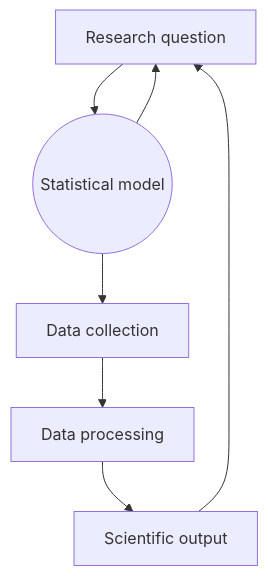
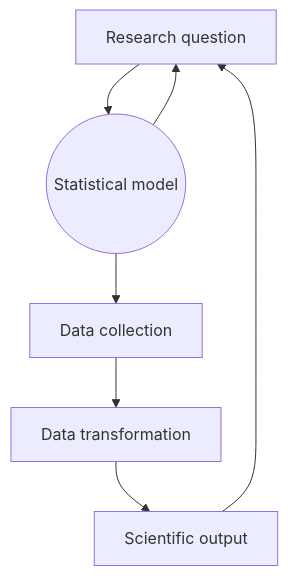
One commit to rostools/r-cubed-advanced changed the second of 4 diagrams in content/03-statistical-analyses.qmd. Above: the diagram before and after it, drawn with Mermaid. The commit also changed other lines of this file, not shown here.

Commit message:
start of possible image of model workflow

````diff
--- a/content/03-statistical-analyses.qmd
+++ b/content/03-statistical-analyses.qmd
@@ -164,11 +164,9 @@
 ```{mermaid}
 graph TD
     A[Research question] --> B((Statistical model))
     B --> A
     B --> C[Data collection]
-    C --> D[Data processing]
-    
+    C --> D[Data transformation]
     D --> E[Scientific output]
     E --> A
-
 ```
````
